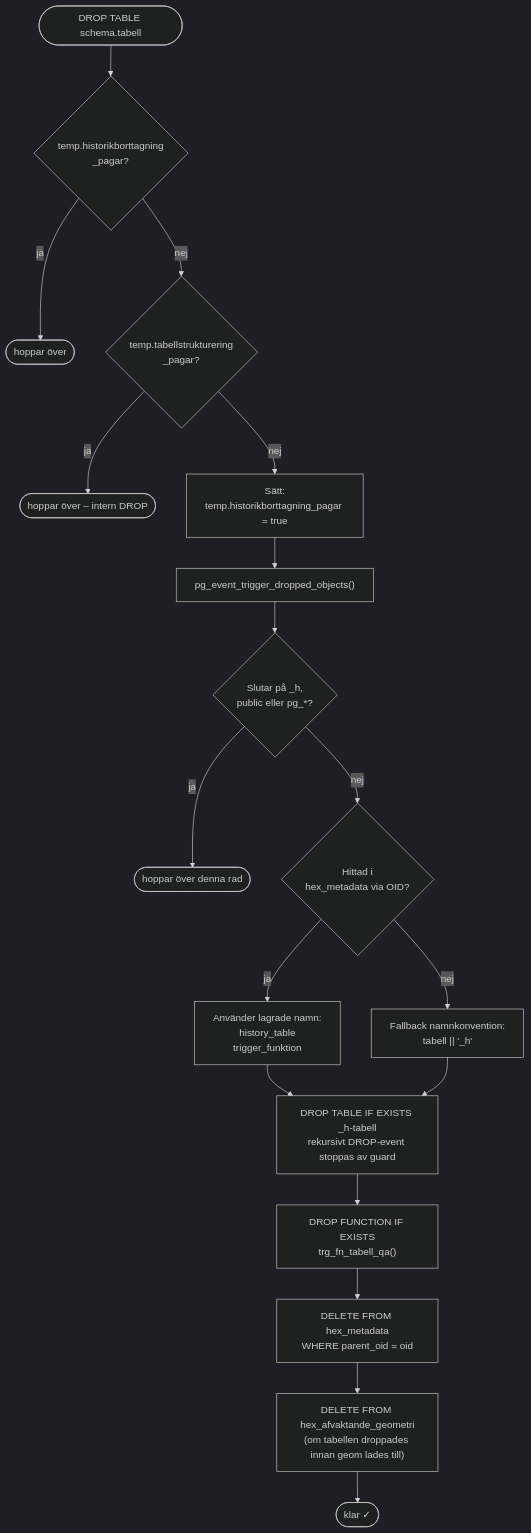
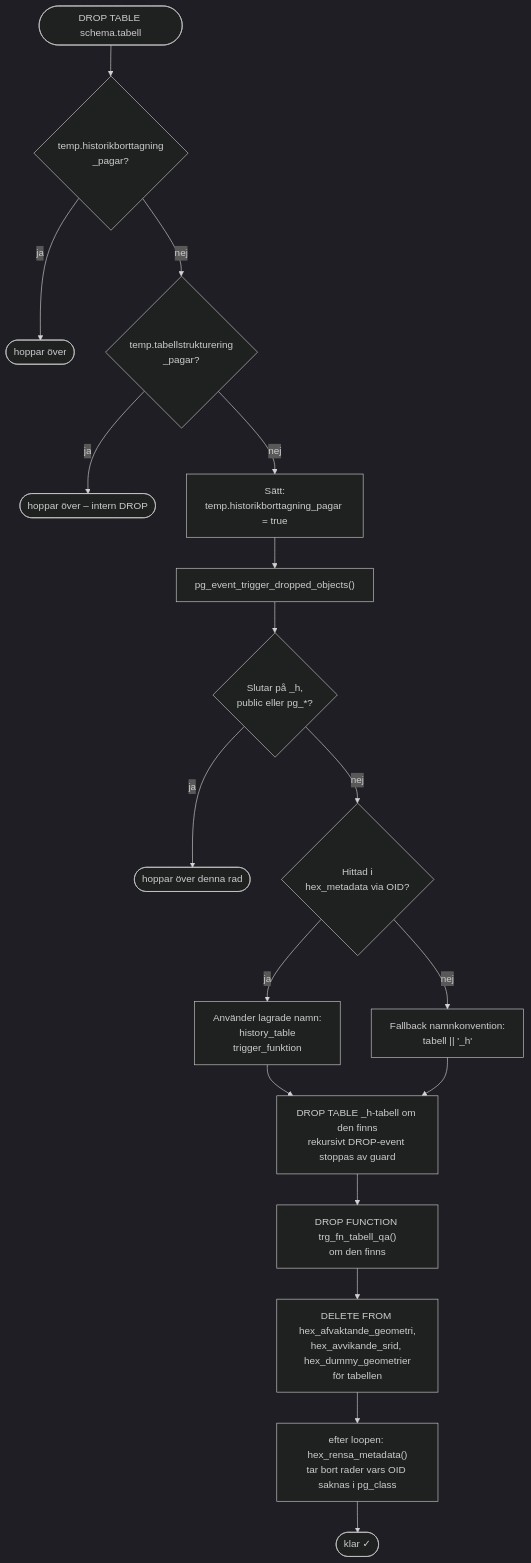
One commit to Geodata-Kungsbacka/Hex changed the seventh of 9 diagrams in LOGIC_MAP.md. Above: the diagram before and after it, drawn with Mermaid (dark theme). The commit also changed other lines of this file and 13 other files, not shown here.

````diff
--- a/LOGIC_MAP.md
+++ b/LOGIC_MAP.md
@@ -713,20 +816,20 @@
 ```mermaid
 flowchart TD
     START(["DROP TABLE schema.tabell"])
     START --> G1{"temp.historikborttagning<br/>_pagar?"}
     G1 --> |ja| STOP(["hoppar över"])
     G1 --> |nej| G2{"temp.tabellstrukturering<br/>_pagar?"}
     G2 --> |ja| STOP2(["hoppar över – intern DROP"])
     G2 --> |nej| SET["Sätt:<br/>temp.historikborttagning_pagar = true"]
     SET --> LOOP["pg_event_trigger_dropped_objects()"]
     LOOP --> SKIP{"Slutar på _h,<br/>public eller pg_*?"}
     SKIP --> |ja| CONT(["hoppar över denna rad"])
     SKIP --> |nej| META{"Hittad i<br/>hex_metadata via OID?"}
     META --> |ja| FOUND["Använder lagrade namn:<br/>history_table<br/>trigger_funktion"]
     META --> |nej| FALL["Fallback namnkonvention:<br/>tabell || '_h'"]
-    FOUND & FALL --> DT["DROP TABLE IF EXISTS _h-tabell<br/>rekursivt DROP-event stoppas av guard"]
-    DT --> DF["DROP FUNCTION IF EXISTS<br/>trg_fn_tabell_qa()"]
-    DF --> DEL["DELETE FROM hex_metadata<br/>WHERE parent_oid = oid"]
-    DEL --> DELAFV["DELETE FROM hex_afvaktande_geometri<br/>(om tabellen droppades innan geom lades till)"]
-    DELAFV --> DONE(["klar ✓"])
+    FOUND & FALL --> DT["DROP TABLE _h-tabell om den finns<br/>rekursivt DROP-event stoppas av guard"]
+    DT --> DF["DROP FUNCTION trg_fn_tabell_qa()<br/>om den finns"]
+    DF --> DELAFV["DELETE FROM hex_afvaktande_geometri,<br/>hex_avvikande_srid, hex_dummy_geometrier<br/>för tabellen"]
+    DELAFV --> DEL["efter loopen: hex_rensa_metadata()<br/>tar bort rader vars OID saknas i pg_class"]
+    DEL --> DONE(["klar ✓"])
 ```
````
